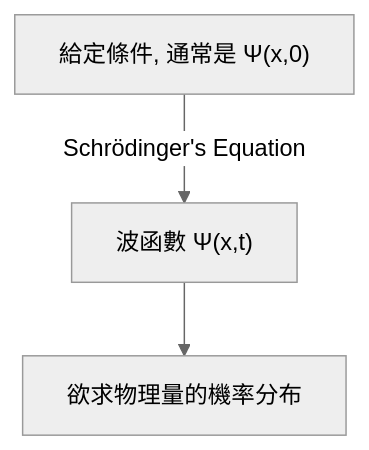
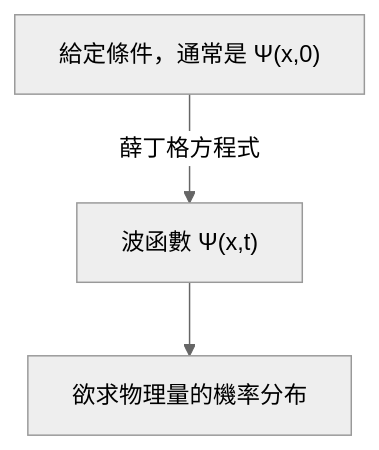
Before and after one commit to yunseo-kim/yunseo-kim.github.io: the second of 2 diagrams in _posts/zh-TW/2024-10-08-schrodinger-equation-and-the-wave-function.md, drawn with Mermaid (neutral theme). The commit also changed other lines of this file and 84 other files, not shown here.

````diff
--- a/_posts/zh-TW/2024-10-08-schrodinger-equation-and-the-wave-function.md
+++ b/_posts/zh-TW/2024-10-08-schrodinger-equation-and-the-wave-function.md
@@ -53,5 +53,5 @@
 ```mermaid
 flowchart TD
-	conditions["給定條件, 通常是 Ψ(x,0)"] -- "Schrödinger's Equation" --> x["波函數 Ψ(x,t)"]
+	conditions["給定條件，通常是 Ψ(x,0)"] -- "薛丁格方程式" --> x["波函數 Ψ(x,t)"]
 	x --> quantities["欲求物理量的機率分布"]
 ```
````
